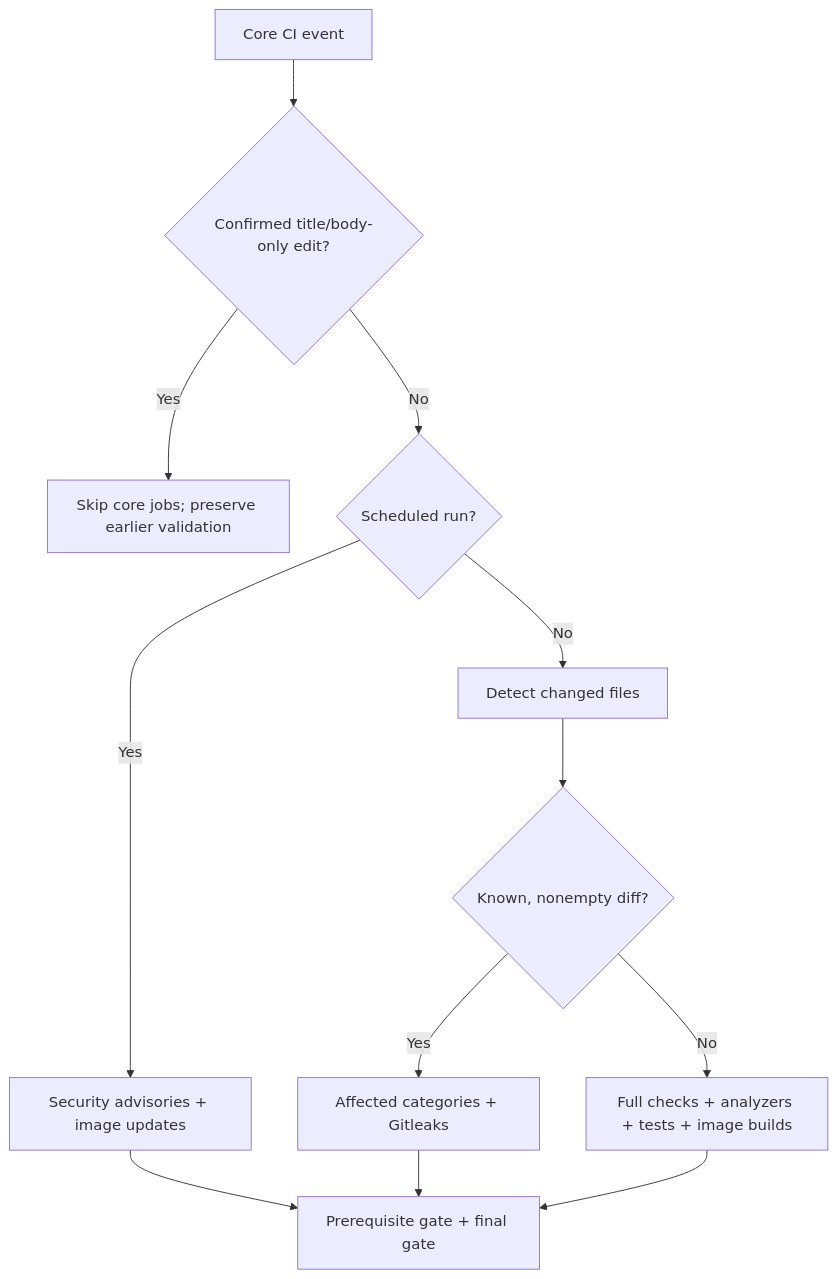
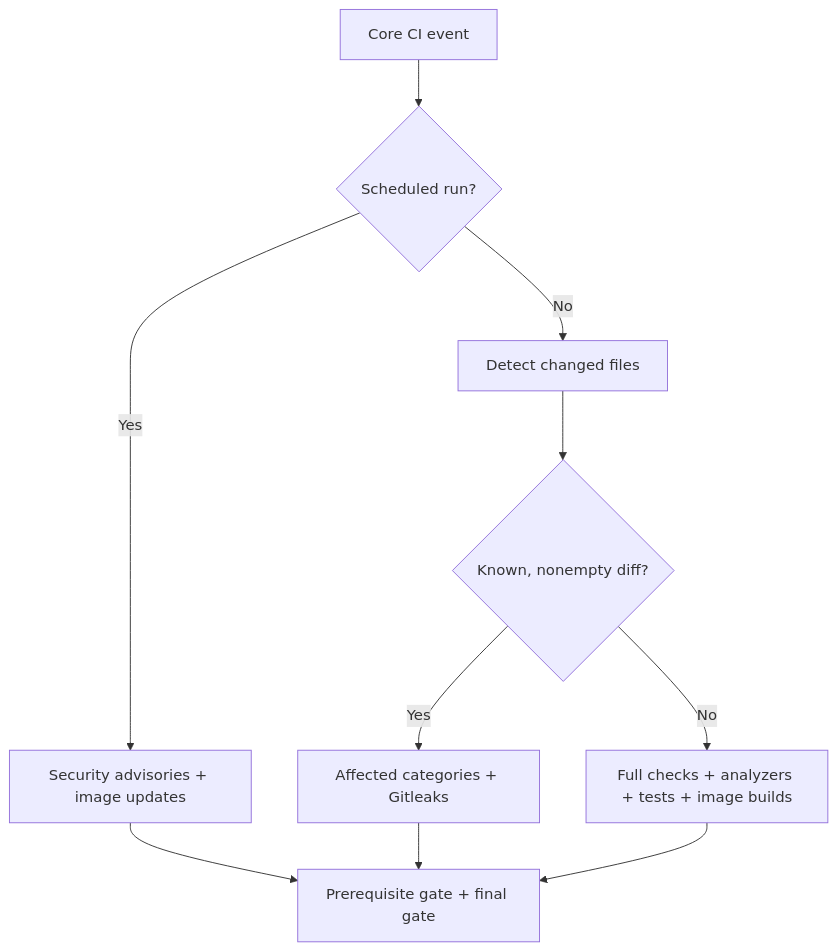
One commit to tarlepp/symfony-flex-backend changed the first of 3 diagrams in doc/GITHUB_WORKFLOWS.md. Above: the diagram before and after it, drawn with Mermaid. The commit also changed other lines of this file and 3 other files, not shown here.

````diff
--- a/doc/GITHUB_WORKFLOWS.md
+++ b/doc/GITHUB_WORKFLOWS.md
@@ -134,14 +134,12 @@
 ```mermaid
 flowchart TD
-    Event["Core CI event"] --> Metadata{"Confirmed title/body-only edit?"}
-    Metadata -->|Yes| Skip["Skip core jobs; preserve earlier validation"]
-    Metadata -->|No| Schedule{"Scheduled run?"}
+    Event["Core CI event"] --> Schedule{"Scheduled run?"}
     Schedule -->|Yes| Periodic["Security advisories + image updates"]
     Periodic --> Gates["Prerequisite gate + final gate"]
     Schedule -->|No| Changes["Detect changed files"]
     Changes --> Known{"Known, nonempty diff?"}
     Known -->|Yes| Selected["Affected categories + Gitleaks"]
     Selected --> Gates
     Known -->|No| Full["Full checks + analyzers + tests + image builds"]
     Full --> Gates
 ```
````
